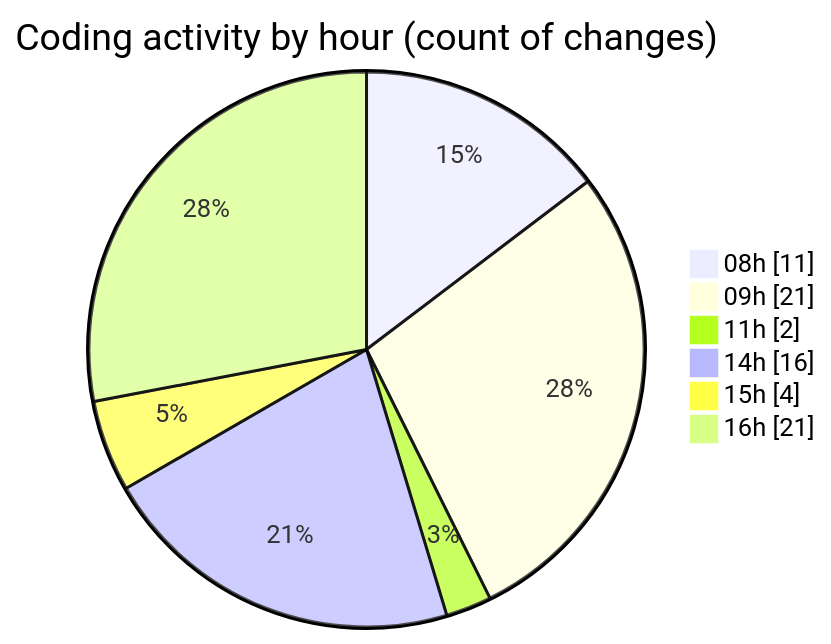
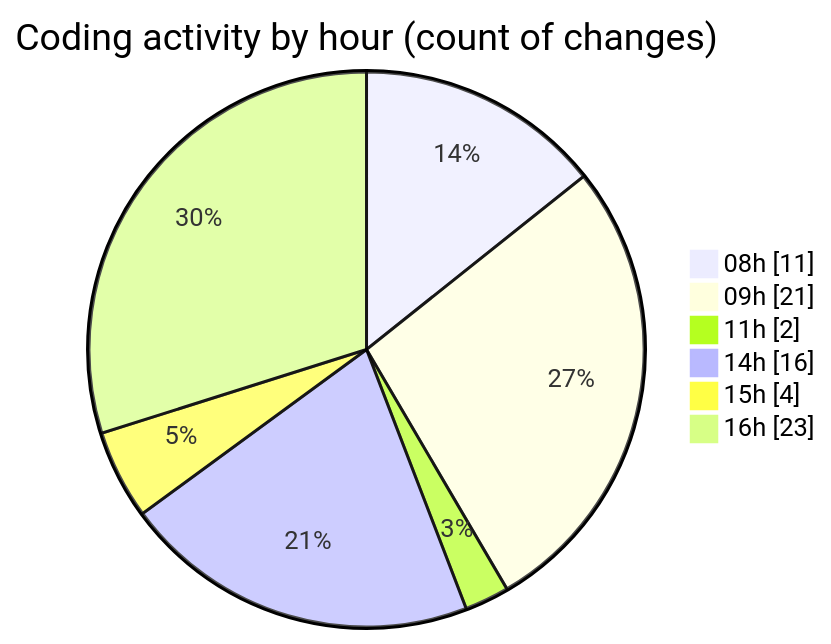
Before and after one commit to julien-gomy/code-tracking: the second of 2 diagrams in 2025-10-13/eventscop-frontend-guide__workspace_/README.md, drawn with Mermaid. The commit also changed other lines of this file and 1 other file, not shown here.

````diff
--- a/2025-10-13/eventscop-frontend-guide__workspace_/README.md
+++ b/2025-10-13/eventscop-frontend-guide__workspace_/README.md
@@ -56,10 +56,10 @@
 ```mermaid
 pie showData
 title Coding activity by hour (count of changes)
 "08h" : 11
 "09h" : 21
 "11h" : 2
 "14h" : 16
 "15h" : 4
-"16h" : 21
+"16h" : 23
 ```
````
